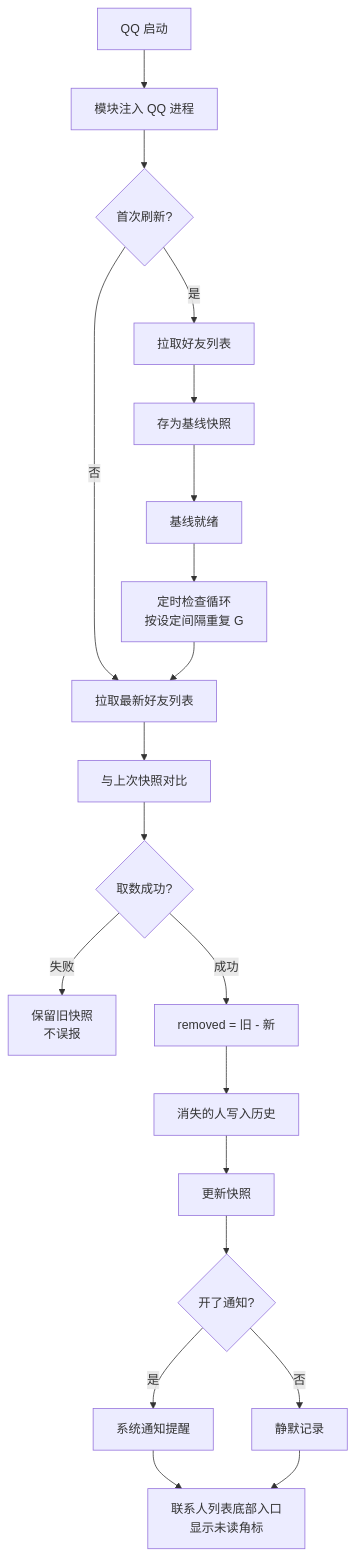
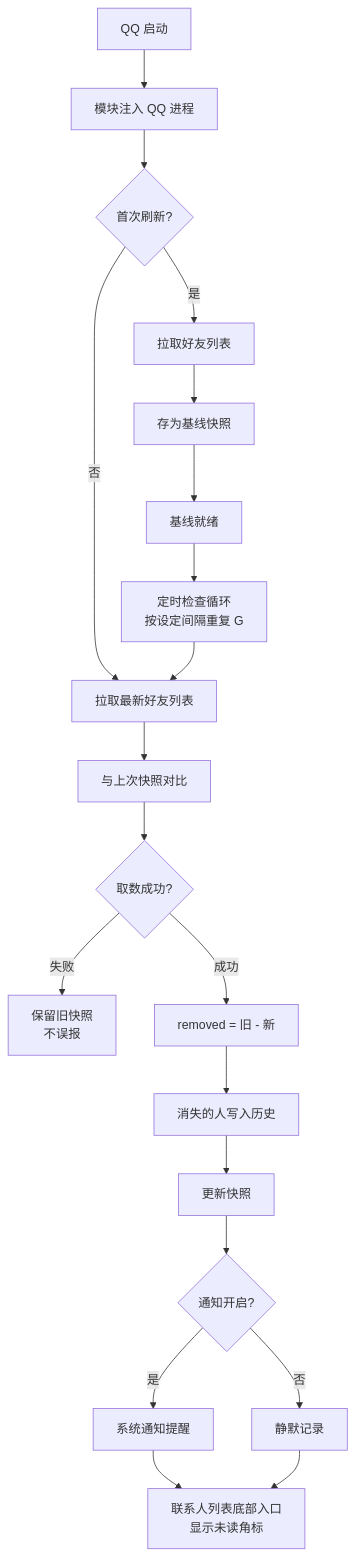
Before and after one commit to NekoMirra/FuckQQ-NullFriend: the diagram in README.md, drawn with Mermaid. The commit also changed other lines of this file, not shown here.

````diff
--- a/README.md
+++ b/README.md
@@ -25,22 +25,22 @@
 ```mermaid
 flowchart TD
     A[QQ 启动] --> B[模块注入 QQ 进程]
     B --> C{首次刷新?}
     C -->|是| D[拉取好友列表]
     D --> E[存为基线快照]
     E --> F[基线就绪]
     C -->|否| G[拉取最新好友列表]
     G --> H[与上次快照对比]
     H --> I{取数成功?}
     I -->|失败| J[保留旧快照\n不误报]
     I -->|成功| K[removed = 旧 - 新]
     K --> L[消失的人写入历史]
     L --> M[更新快照]
-    M --> N{开了通知?}
+    M --> N{通知开启?}
     N -->|是| O[系统通知提醒]
     N -->|否| P[静默记录]
     O --> Q[联系人列表底部入口\n显示未读角标]
     P --> Q
     F --> R[定时检查循环\n按设定间隔重复 G]
     R --> G
 ```
````
